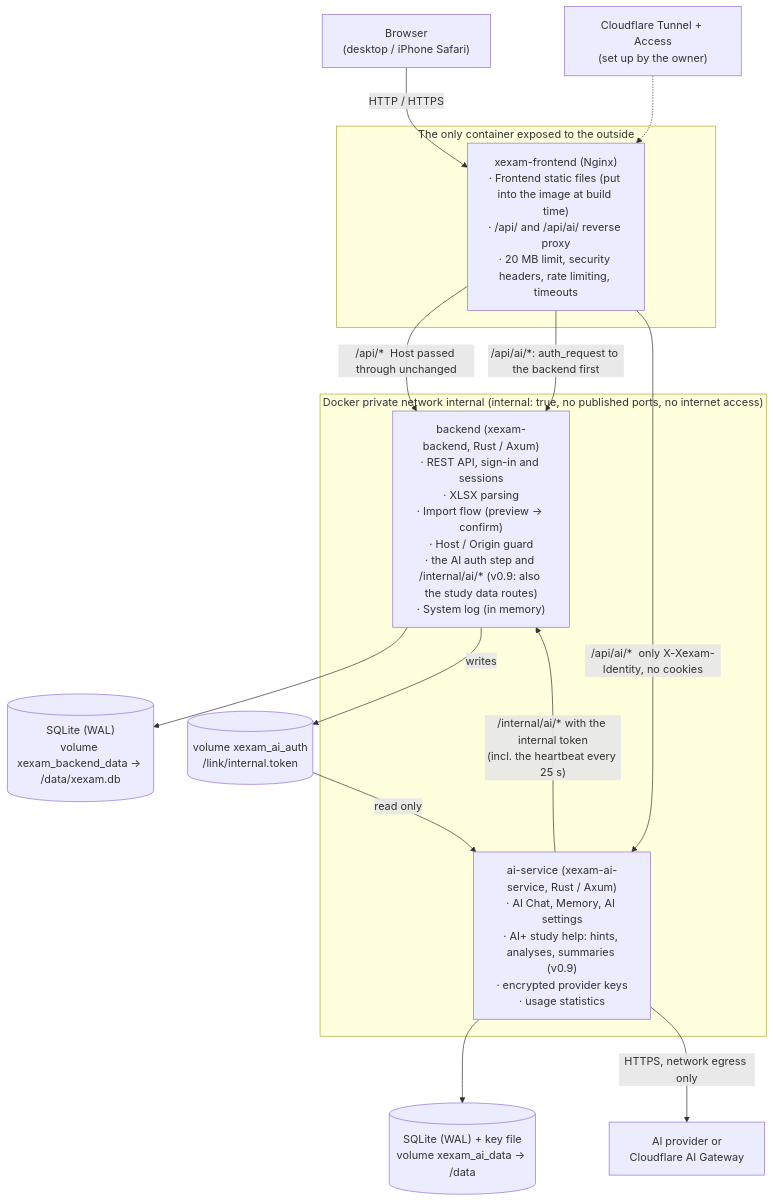
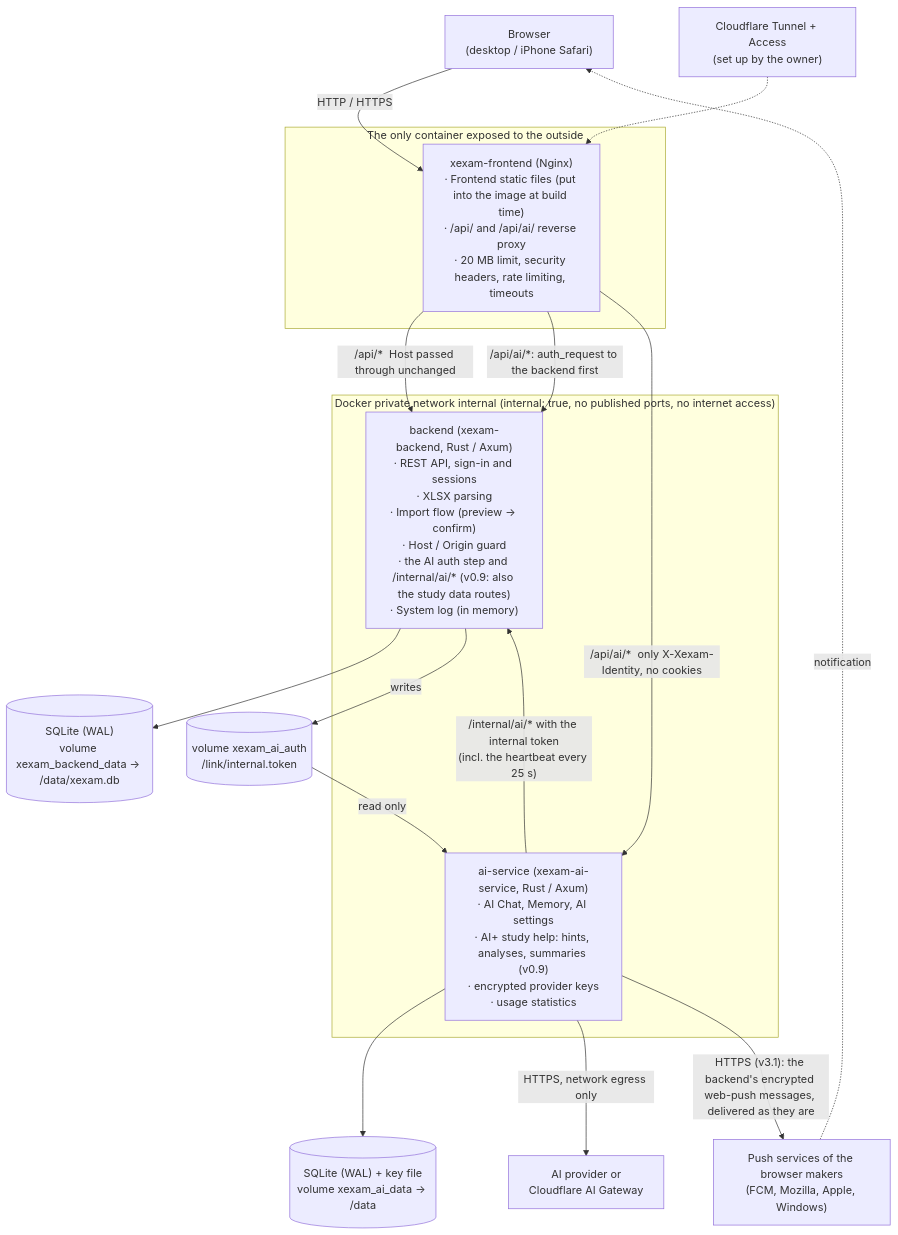
One commit to Yumin-Space/xexam changed the first of 9 diagrams in docs/en/architecture.md. Above: the diagram before and after it, drawn with Mermaid. The commit also changed other lines of this file and 346 other files, not shown here.

````diff
--- a/docs/en/architecture.md
+++ b/docs/en/architecture.md
@@ -10,21 +10,23 @@
 ```mermaid
 flowchart TB
     U["Browser<br/>(desktop / iPhone Safari)"] -->|"HTTP / HTTPS"| N
     subgraph pub["The only container exposed to the outside"]
         N["xexam-frontend (Nginx)<br/>· Frontend static files (put into the image at build time)<br/>· /api/ and /api/ai/ reverse proxy<br/>· 20 MB limit, security headers, rate limiting, timeouts"]
     end
     subgraph priv["Docker private network internal (internal: true, no published ports, no internet access)"]
         B["backend (xexam-backend, Rust / Axum)<br/>· REST API, sign-in and sessions<br/>· XLSX parsing<br/>· Import flow (preview → confirm)<br/>· Host / Origin guard<br/>· the AI auth step and /internal/ai/* (v0.9: also the study data routes)<br/>· System log (in memory)"]
         A["ai-service (xexam-ai-service, Rust / Axum)<br/>· AI Chat, Memory, AI settings<br/>· AI+ study help: hints, analyses, summaries (v0.9)<br/>· encrypted provider keys<br/>· usage statistics"]
     end
     N -->|"/api/*  Host passed through unchanged"| B
     N -->|"/api/ai/*: auth_request to the backend first"| B
     N -->|"/api/ai/*  only X-Xexam-Identity, no cookies"| A
     A -->|"/internal/ai/* with the internal token<br/>(incl. the heartbeat every 25 s)"| B
     B --> D[("SQLite (WAL)<br/>volume xexam_backend_data → /data/xexam.db")]
     A --> AD[("SQLite (WAL) + key file<br/>volume xexam_ai_data → /data")]
     B -->|"writes"| L[("volume xexam_ai_auth<br/>/link/internal.token")]
     L -->|"read only"| A
     A -->|"HTTPS, network egress only"| P["AI provider or<br/>Cloudflare AI Gateway"]
+    A -->|"HTTPS (v3.1): the backend's encrypted web-push messages, delivered as they are"| W["Push services of the browser makers<br/>(FCM, Mozilla, Apple, Windows)"]
+    W -.->|"notification"| U
     CF["Cloudflare Tunnel + Access<br/>(set up by the owner)"] -.-> N
 ```
````
